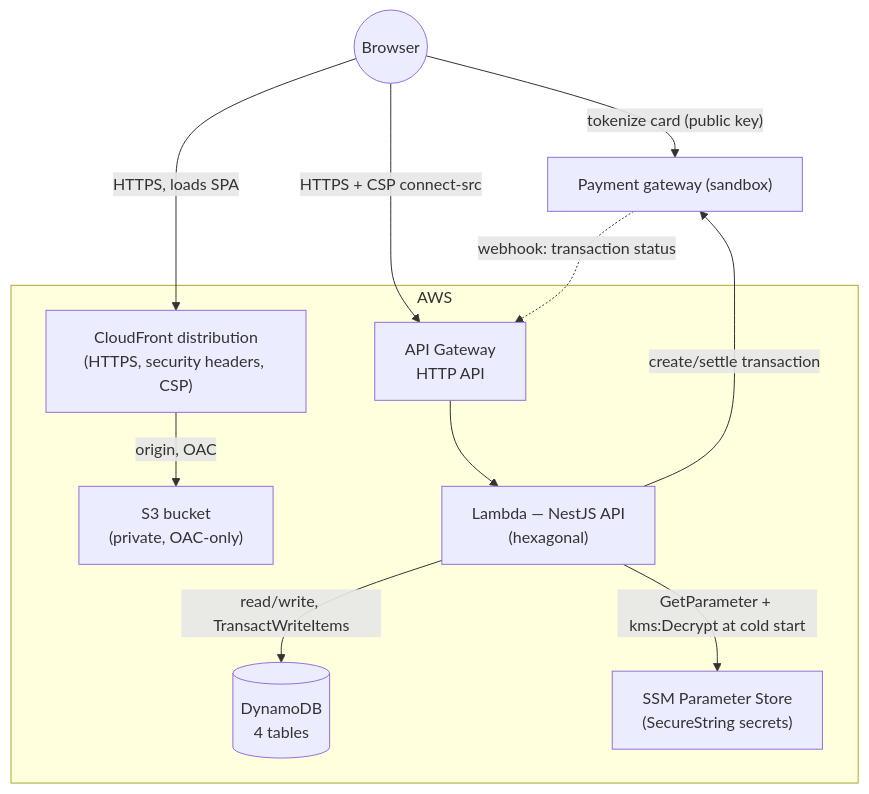
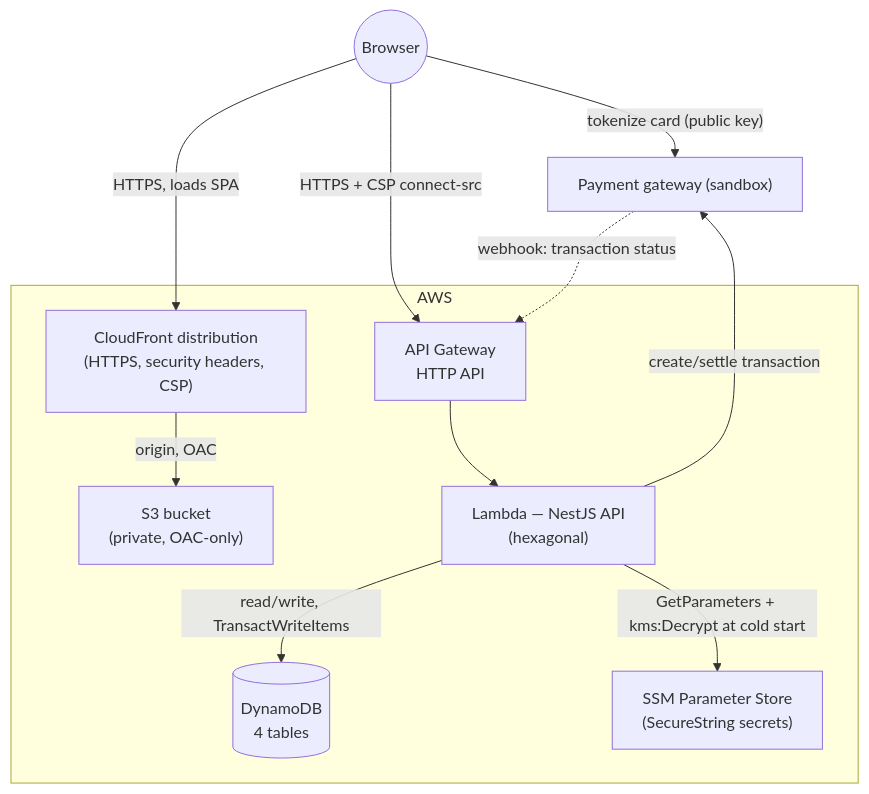
Before and after one commit to Wgutierrezl/product-checkout-app: the first of 3 diagrams in README.md, drawn with Mermaid. The commit also changed other lines of this file and 2 other files, not shown here.

Commit message:
docs: refresh test counts, coverage and the SSM action in the READMEs

````diff
--- a/README.md
+++ b/README.md
@@ -48,24 +48,24 @@
 ```mermaid
 flowchart TB
     Browser(("Browser"))
     Gateway["Payment gateway (sandbox)"]
 
     subgraph AWS
         CF["CloudFront distribution<br/>(HTTPS, security headers, CSP)"]
         S3["S3 bucket<br/>(private, OAC-only)"]
         HttpApi["API Gateway<br/>HTTP API"]
         Lambda["Lambda — NestJS API<br/>(hexagonal)"]
         DDB[("DynamoDB<br/>4 tables")]
         SSM["SSM Parameter Store<br/>(SecureString secrets)"]
     end
 
     Browser -->|HTTPS, loads SPA| CF
     CF -->|origin, OAC| S3
     Browser -->|"tokenize card (public key)"| Gateway
     Browser -->|HTTPS + CSP connect-src| HttpApi
     HttpApi --> Lambda
     Lambda -->|create/settle transaction| Gateway
     Lambda -->|read/write, TransactWriteItems| DDB
-    Lambda -->|GetParameter + kms:Decrypt at cold start| SSM
+    Lambda -->|"GetParameters + kms:Decrypt at cold start"| SSM
     Gateway -.->|webhook: transaction status| HttpApi
 ```
````
